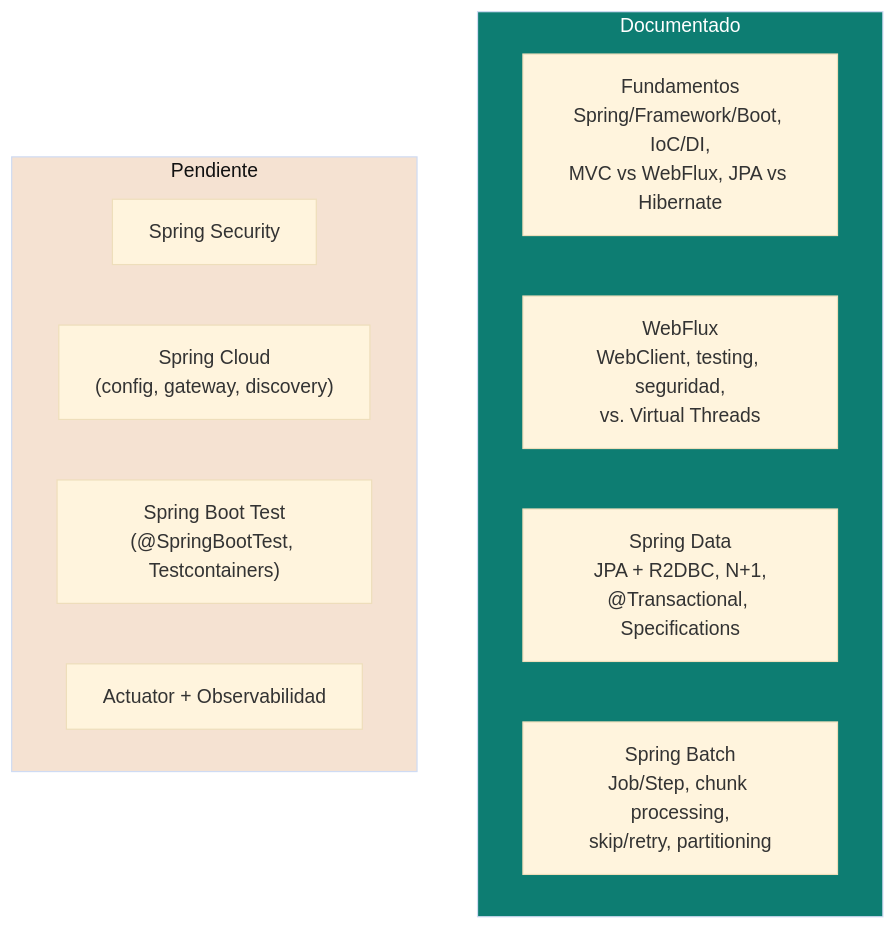
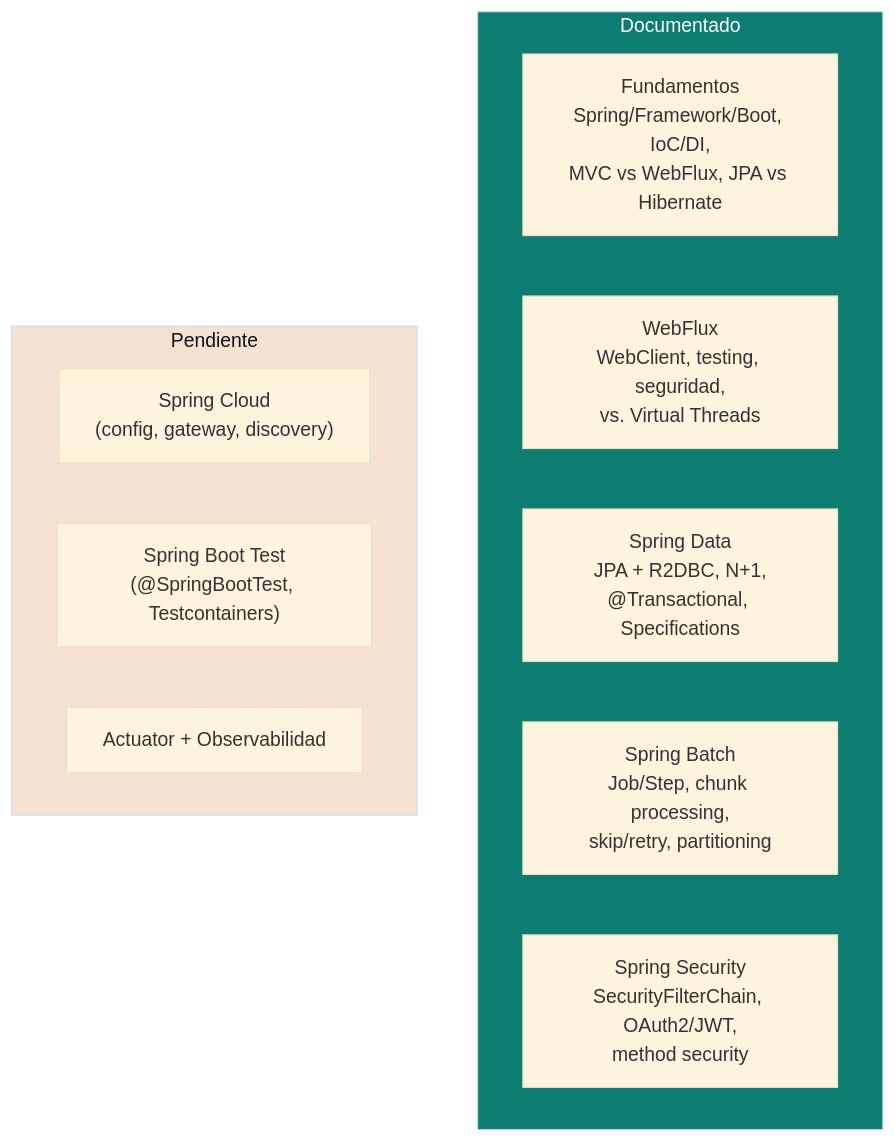
Before and after one commit to edzamo/software-engineering: the diagram in frameworks/spring-boot/README.md, drawn with Mermaid (base theme). The commit also changed other lines of this file and 30 other files, not shown here.

Commit message:
Add comprehensive documentation on NestJS persistence with TypeORM and Prisma, request lifecycle mechanisms, Spring Security authentication and authorization, SQL vs NoSQL databases, and API styles including REST, GraphQL, and gRPC.

````diff
--- a/frameworks/spring-boot/README.md
+++ b/frameworks/spring-boot/README.md
@@ -7,18 +7,18 @@
 ```mermaid
 graph TB
     subgraph documentado[" Documentado "]
         F["Fundamentos<br/>Spring/Framework/Boot, IoC/DI,<br/>MVC vs WebFlux, JPA vs Hibernate"]
         WF["WebFlux<br/>WebClient, testing, seguridad,<br/>vs. Virtual Threads"]
         SD["Spring Data<br/>JPA + R2DBC, N+1,<br/>@Transactional, Specifications"]
         SB["Spring Batch<br/>Job/Step, chunk processing,<br/>skip/retry, partitioning"]
+        SEC["Spring Security<br/>SecurityFilterChain, OAuth2/JWT,<br/>method security"]
     end
     subgraph pendiente[" Pendiente "]
-        SEC["Spring Security"]
         CLOUD["Spring Cloud<br/>(config, gateway, discovery)"]
         TEST["Spring Boot Test<br/>(@SpringBootTest, Testcontainers)"]
         ACT["Actuator + Observabilidad"]
     end
 
     style documentado fill:#0d7d72,color:#fff
     style pendiente fill:#f5e2d2,color:#111
 ```
````
